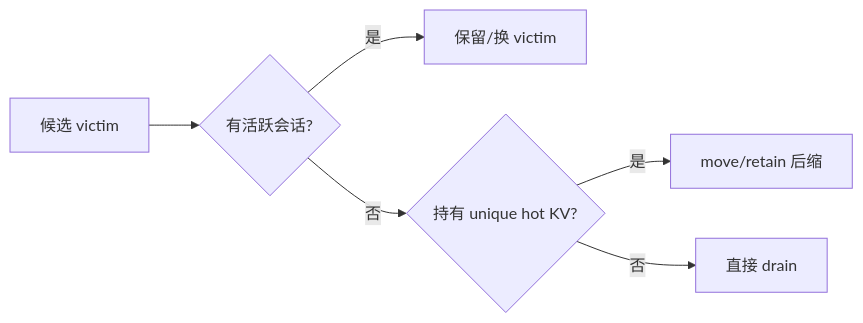
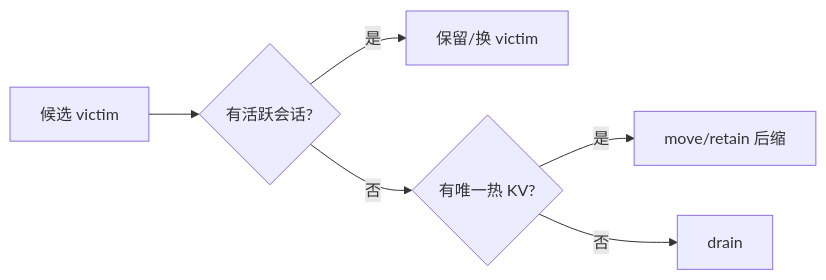
One commit to 5x8-40/lake changed diagram 11 of 14 in kvcm/design/D8-joint-scheduling.md. Above: the diagram before and after it, drawn with Mermaid. The commit also changed other lines of this file and 5 other files, not shown here.

````diff
--- a/kvcm/design/D8-joint-scheduling.md
+++ b/kvcm/design/D8-joint-scheduling.md
@@ -953,8 +535,8 @@
 ```mermaid
 flowchart LR
-    V["候选 victim"] --> U{"有活跃会话?"}
-    U -->|"是"| KEEP["保留/换 victim"]
-    U -->|"否"| H{"持有 unique hot KV?"}
+    V["候选 victim"] --> S{"有活跃会话?"}
+    S -->|"是"| KEEP["保留/换 victim"]
+    S -->|"否"| H{"有唯一热 KV?"}
     H -->|"是"| MOVE["move/retain 后缩"]
-    H -->|"否"| DRAIN["直接 drain"]
+    H -->|"否"| DRAIN["drain"]
 ```
````
